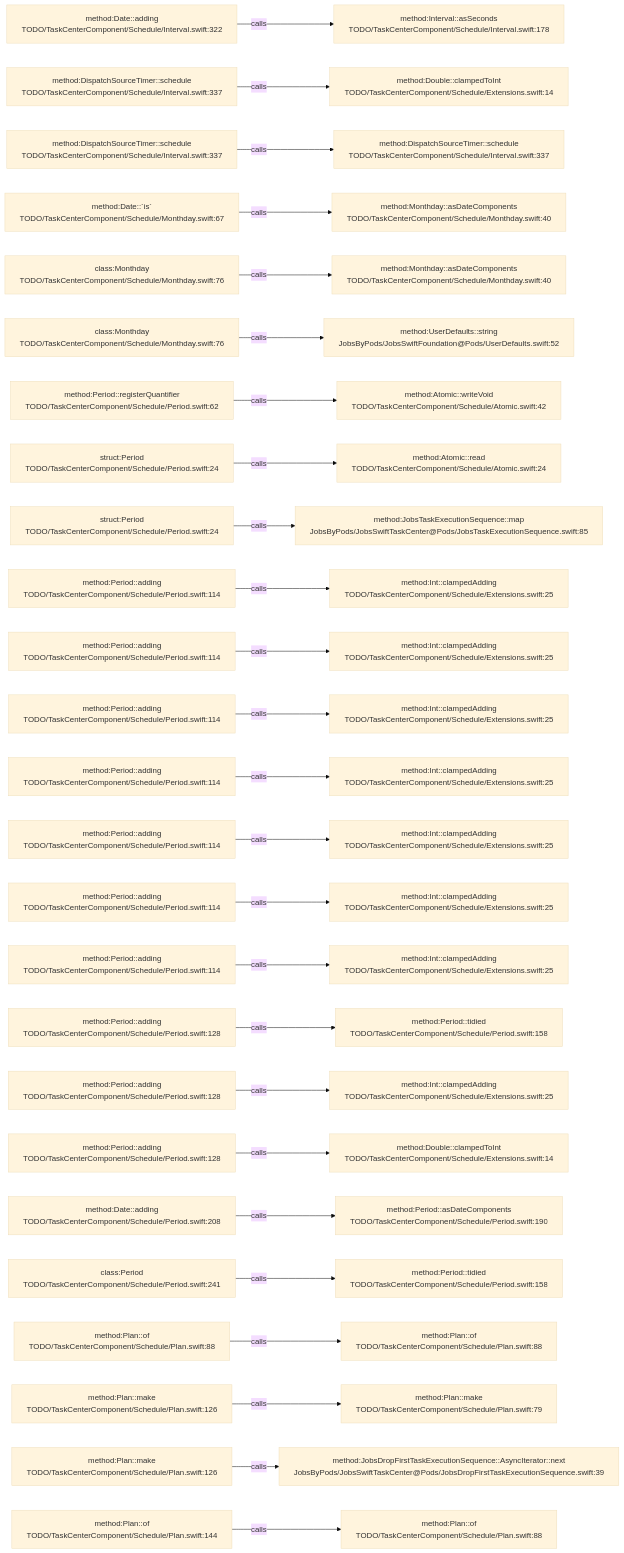
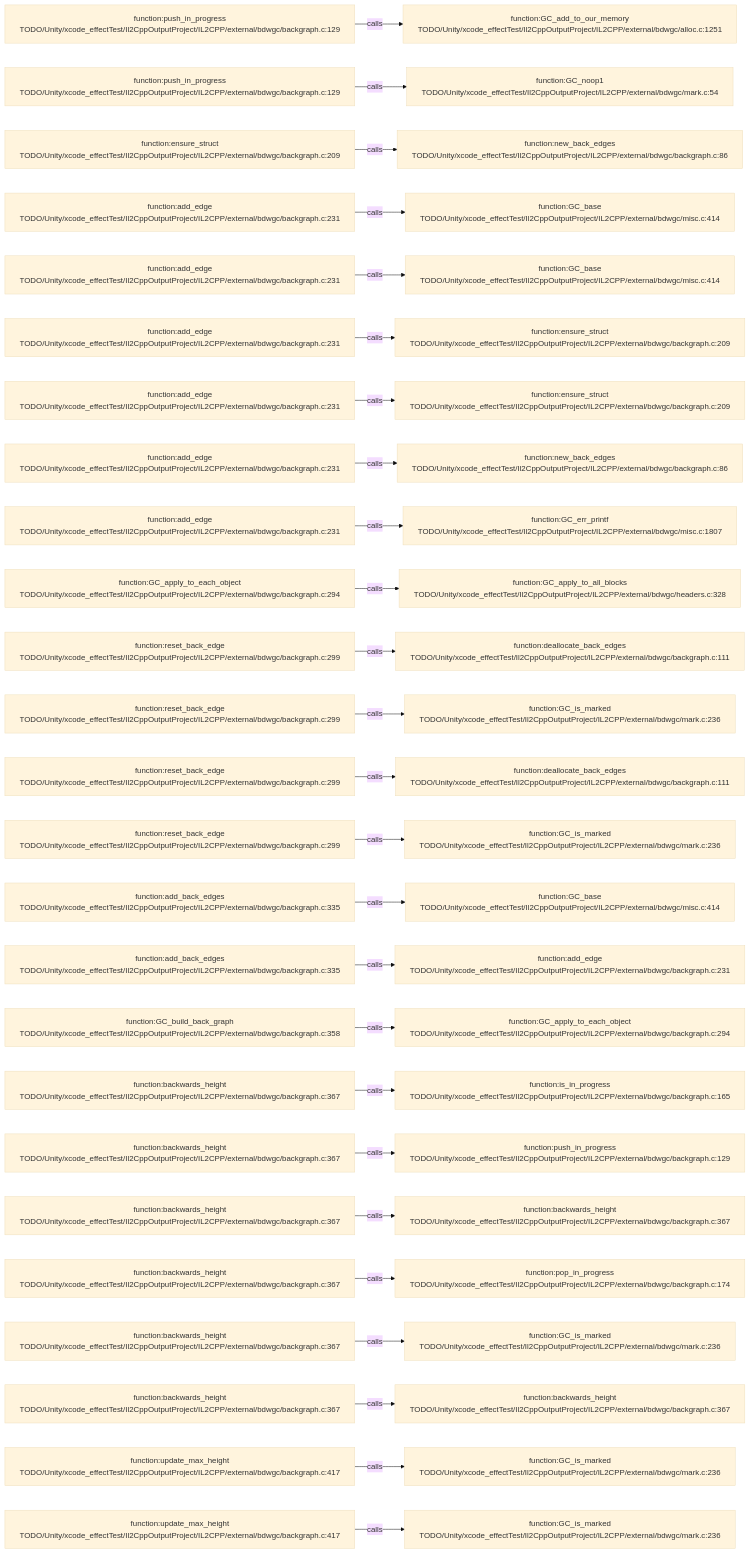
One commit to JobsKits/JobsSwiftBaseConfigDemo changed the diagram in .codegraph/codegraph.md/graphs/calls-081.md. Above: the diagram before and after it, drawn with Mermaid (base theme). The commit also changed 227 other files, not shown here.

````diff
--- a/.codegraph/codegraph.md/graphs/calls-081.md
+++ b/.codegraph/codegraph.md/graphs/calls-081.md
@@ -13,78 +13,78 @@
 ```mermaid
 flowchart LR
-  S1["method:Date::adding<br/>TODO/TaskCenterComponent/Schedule/Interval.swift:322"]
-  T1["method:Interval::asSeconds<br/>TODO/TaskCenterComponent/Schedule/Interval.swift:178"]
+  S1["function:push_in_progress<br/>TODO/Unity/xcode_effectTest/Il2CppOutputProject/IL2CPP/external/bdwgc/backgraph.c:129"]
+  T1["function:GC_add_to_our_memory<br/>TODO/Unity/xcode_effectTest/Il2CppOutputProject/IL2CPP/external/bdwgc/alloc.c:1251"]
   S1 -->|calls| T1
-  S2["method:DispatchSourceTimer::schedule<br/>TODO/TaskCenterComponent/Schedule/Interval.swift:337"]
-  T2["method:Double::clampedToInt<br/>TODO/TaskCenterComponent/Schedule/Extensions.swift:14"]
+  S2["function:push_in_progress<br/>TODO/Unity/xcode_effectTest/Il2CppOutputProject/IL2CPP/external/bdwgc/backgraph.c:129"]
+  T2["function:GC_noop1<br/>TODO/Unity/xcode_effectTest/Il2CppOutputProject/IL2CPP/external/bdwgc/mark.c:54"]
   S2 -->|calls| T2
-  S3["method:DispatchSourceTimer::schedule<br/>TODO/TaskCenterComponent/Schedule/Interval.swift:337"]
-  T3["method:DispatchSourceTimer::schedule<br/>TODO/TaskCenterComponent/Schedule/Interval.swift:337"]
+  S3["function:ensure_struct<br/>TODO/Unity/xcode_effectTest/Il2CppOutputProject/IL2CPP/external/bdwgc/backgraph.c:209"]
+  T3["function:new_back_edges<br/>TODO/Unity/xcode_effectTest/Il2CppOutputProject/IL2CPP/external/bdwgc/backgraph.c:86"]
   S3 -->|calls| T3
-  S4["method:Date::`is`<br/>TODO/TaskCenterComponent/Schedule/Monthday.swift:67"]
-  T4["method:Monthday::asDateComponents<br/>TODO/TaskCenterComponent/Schedule/Monthday.swift:40"]
+  S4["function:add_edge<br/>TODO/Unity/xcode_effectTest/Il2CppOutputProject/IL2CPP/external/bdwgc/backgraph.c:231"]
+  T4["function:GC_base<br/>TODO/Unity/xcode_effectTest/Il2CppOutputProject/IL2CPP/external/bdwgc/misc.c:414"]
   S4 -->|calls| T4
-  S5["class:Monthday<br/>TODO/TaskCenterComponent/Schedule/Monthday.swift:76"]
-  T5["method:Monthday::asDateComponents<br/>TODO/TaskCenterComponent/Schedule/Monthday.swift:40"]
+  S5["function:add_edge<br/>TODO/Unity/xcode_effectTest/Il2CppOutputProject/IL2CPP/external/bdwgc/backgraph.c:231"]
+  T5["function:GC_base<br/>TODO/Unity/xcode_effectTest/Il2CppOutputProject/IL2CPP/external/bdwgc/misc.c:414"]
   S5 -->|calls| T5
-  S6["class:Monthday<br/>TODO/TaskCenterComponent/Schedule/Monthday.swift:76"]
-  T6["method:UserDefaults::string<br/>JobsByPods/JobsSwiftFoundation@Pods/UserDefaults.swift:52"]
+  S6["function:add_edge<br/>TODO/Unity/xcode_effectTest/Il2CppOutputProject/IL2CPP/external/bdwgc/backgraph.c:231"]
+  T6["function:ensure_struct<br/>TODO/Unity/xcode_effectTest/Il2CppOutputProject/IL2CPP/external/bdwgc/backgraph.c:209"]
   S6 -->|calls| T6
-  S7["method:Period::registerQuantifier<br/>TODO/TaskCenterComponent/Schedule/Period.swift:62"]
-  T7["method:Atomic::writeVoid<br/>TODO/TaskCenterComponent/Schedule/Atomic.swift:42"]
+  S7["function:add_edge<br/>TODO/Unity/xcode_effectTest/Il2CppOutputProject/IL2CPP/external/bdwgc/backgraph.c:231"]
+  T7["function:ensure_struct<br/>TODO/Unity/xcode_effectTest/Il2CppOutputProject/IL2CPP/external/bdwgc/backgraph.c:209"]
   S7 -->|calls| T7
-  S8["struct:Period<br/>TODO/TaskCenterComponent/Schedule/Period.swift:24"]
-  T8["method:Atomic::read<br/>TODO/TaskCenterComponent/Schedule/Atomic.swift:24"]
+  S8["function:add_edge<br/>TODO/Unity/xcode_effectTest/Il2CppOutputProject/IL2CPP/external/bdwgc/backgraph.c:231"]
+  T8["function:new_back_edges<br/>TODO/Unity/xcode_effectTest/Il2CppOutputProject/IL2CPP/external/bdwgc/backgraph.c:86"]
   S8 -->|calls| T8
-  S9["struct:Period<br/>TODO/TaskCenterComponent/Schedule/Period.swift:24"]
-  T9["method:JobsTaskExecutionSequence::map<br/>JobsByPods/JobsSwiftTaskCenter@Pods/JobsTaskExecutionSequence.swift:85"]
+  S9["function:add_edge<br/>TODO/Unity/xcode_effectTest/Il2CppOutputProject/IL2CPP/external/bdwgc/backgraph.c:231"]
+  T9["function:GC_err_printf<br/>TODO/Unity/xcode_effectTest/Il2CppOutputProject/IL2CPP/external/bdwgc/misc.c:1807"]
   S9 -->|calls| T9
-  S10["method:Period::adding<br/>TODO/TaskCenterComponent/Schedule/Period.swift:114"]
-  T10["method:Int::clampedAdding<br/>TODO/TaskCenterComponent/Schedule/Extensions.swift:25"]
+  S10["function:GC_apply_to_each_object<br/>TODO/Unity/xcode_effectTest/Il2CppOutputProject/IL2CPP/external/bdwgc/backgraph.c:294"]
+  T10["function:GC_apply_to_all_blocks<br/>TODO/Unity/xcode_effectTest/Il2CppOutputProject/IL2CPP/external/bdwgc/headers.c:328"]
   S10 -->|calls| T10
-  S11["method:Period::adding<br/>TODO/TaskCenterComponent/Schedule/Period.swift:114"]
-  T11["method:Int::clampedAdding<br/>TODO/TaskCenterComponent/Schedule/Extensions.swift:25"]
+  S11["function:reset_back_edge<br/>TODO/Unity/xcode_effectTest/Il2CppOutputProject/IL2CPP/external/bdwgc/backgraph.c:299"]
+  T11["function:deallocate_back_edges<br/>TODO/Unity/xcode_effectTest/Il2CppOutputProject/IL2CPP/external/bdwgc/backgraph.c:111"]
   S11 -->|calls| T11
-  S12["method:Period::adding<br/>TODO/TaskCenterComponent/Schedule/Period.swift:114"]
-  T12["method:Int::clampedAdding<br/>TODO/TaskCenterComponent/Schedule/Extensions.swift:25"]
+  S12["function:reset_back_edge<br/>TODO/Unity/xcode_effectTest/Il2CppOutputProject/IL2CPP/external/bdwgc/backgraph.c:299"]
+  T12["function:GC_is_marked<br/>TODO/Unity/xcode_effectTest/Il2CppOutputProject/IL2CPP/external/bdwgc/mark.c:236"]
   S12 -->|calls| T12
-  S13["method:Period::adding<br/>TODO/TaskCenterComponent/Schedule/Period.swift:114"]
-  T13["method:Int::clampedAdding<br/>TODO/TaskCenterComponent/Schedule/Extensions.swift:25"]
+  S13["function:reset_back_edge<br/>TODO/Unity/xcode_effectTest/Il2CppOutputProject/IL2CPP/external/bdwgc/backgraph.c:299"]
+  T13["function:deallocate_back_edges<br/>TODO/Unity/xcode_effectTest/Il2CppOutputProject/IL2CPP/external/bdwgc/backgraph.c:111"]
   S13 -->|calls| T13
-  S14["method:Period::adding<br/>TODO/TaskCenterComponent/Schedule/Period.swift:114"]
-  T14["method:Int::clampedAdding<br/>TODO/TaskCenterComponent/Schedule/Extensions.swift:25"]
+  S14["function:reset_back_edge<br/>TODO/Unity/xcode_effectTest/Il2CppOutputProject/IL2CPP/external/bdwgc/backgraph.c:299"]
+  T14["function:GC_is_marked<br/>TODO/Unity/xcode_effectTest/Il2CppOutputProject/IL2CPP/external/bdwgc/mark.c:236"]
   S14 -->|calls| T14
-  S15["method:Period::adding<br/>TODO/TaskCenterComponent/Schedule/Period.swift:114"]
-  T15["method:Int::clampedAdding<br/>TODO/TaskCenterComponent/Schedule/Extensions.swift:25"]
+  S15["function:add_back_edges<br/>TODO/Unity/xcode_effectTest/Il2CppOutputProject/IL2CPP/external/bdwgc/backgraph.c:335"]
+  T15["function:GC_base<br/>TODO/Unity/xcode_effectTest/Il2CppOutputProject/IL2CPP/external/bdwgc/misc.c:414"]
   S15 -->|calls| T15
-  S16["method:Period::adding<br/>TODO/TaskCenterComponent/Schedule/Period.swift:114"]
-  T16["method:Int::clampedAdding<br/>TODO/TaskCenterComponent/Schedule/Extensions.swift:25"]
+  S16["function:add_back_edges<br/>TODO/Unity/xcode_effectTest/Il2CppOutputProject/IL2CPP/external/bdwgc/backgraph.c:335"]
+  T16["function:add_edge<br/>TODO/Unity/xcode_effectTest/Il2CppOutputProject/IL2CPP/external/bdwgc/backgraph.c:231"]
   S16 -->|calls| T16
-  S17["method:Period::adding<br/>TODO/TaskCenterComponent/Schedule/Period.swift:128"]
-  T17["method:Period::tidied<br/>TODO/TaskCenterComponent/Schedule/Period.swift:158"]
+  S17["function:GC_build_back_graph<br/>TODO/Unity/xcode_effectTest/Il2CppOutputProject/IL2CPP/external/bdwgc/backgraph.c:358"]
+  T17["function:GC_apply_to_each_object<br/>TODO/Unity/xcode_effectTest/Il2CppOutputProject/IL2CPP/external/bdwgc/backgraph.c:294"]
   S17 -->|calls| T17
-  S18["method:Period::adding<br/>TODO/TaskCenterComponent/Schedule/Period.swift:128"]
-  T18["method:Int::clampedAdding<br/>TODO/TaskCenterComponent/Schedule/Extensions.swift:25"]
+  S18["function:backwards_height<br/>TODO/Unity/xcode_effectTest/Il2CppOutputProject/IL2CPP/external/bdwgc/backgraph.c:367"]
+  T18["function:is_in_progress<br/>TODO/Unity/xcode_effectTest/Il2CppOutputProject/IL2CPP/external/bdwgc/backgraph.c:165"]
   S18 -->|calls| T18
-  S19["method:Period::adding<br/>TODO/TaskCenterComponent/Schedule/Period.swift:128"]
-  T19["method:Double::clampedToInt<br/>TODO/TaskCenterComponent/Schedule/Extensions.swift:14"]
+  S19["function:backwards_height<br/>TODO/Unity/xcode_effectTest/Il2CppOutputProject/IL2CPP/external/bdwgc/backgraph.c:367"]
+  T19["function:push_in_progress<br/>TODO/Unity/xcode_effectTest/Il2CppOutputProject/IL2CPP/external/bdwgc/backgraph.c:129"]
   S19 -->|calls| T19
-  S20["method:Date::adding<br/>TODO/TaskCenterComponent/Schedule/Period.swift:208"]
-  T20["method:Period::asDateComponents<br/>TODO/TaskCenterComponent/Schedule/Period.swift:190"]
+  S20["function:backwards_height<br/>TODO/Unity/xcode_effectTest/Il2CppOutputProject/IL2CPP/external/bdwgc/backgraph.c:367"]
+  T20["function:backwards_height<br/>TODO/Unity/xcode_effectTest/Il2CppOutputProject/IL2CPP/external/bdwgc/backgraph.c:367"]
   S20 -->|calls| T20
-  S21["class:Period<br/>TODO/TaskCenterComponent/Schedule/Period.swift:241"]
-  T21["method:Period::tidied<br/>TODO/TaskCenterComponent/Schedule/Period.swift:158"]
+  S21["function:backwards_height<br/>TODO/Unity/xcode_effectTest/Il2CppOutputProject/IL2CPP/external/bdwgc/backgraph.c:367"]
+  T21["function:pop_in_progress<br/>TODO/Unity/xcode_effectTest/Il2CppOutputProject/IL2CPP/external/bdwgc/backgraph.c:174"]
   S21 -->|calls| T21
-  S22["method:Plan::of<br/>TODO/TaskCenterComponent/Schedule/Plan.swift:88"]
-  T22["method:Plan::of<br/>TODO/TaskCenterComponent/Schedule/Plan.swift:88"]
+  S22["function:backwards_height<br/>TODO/Unity/xcode_effectTest/Il2CppOutputProject/IL2CPP/external/bdwgc/backgraph.c:367"]
+  T22["function:GC_is_marked<br/>TODO/Unity/xcode_effectTest/Il2CppOutputProject/IL2CPP/external/bdwgc/mark.c:236"]
   S22 -->|calls| T22
-  S23["method:Plan::make<br/>TODO/TaskCenterComponent/Schedule/Plan.swift:126"]
-  T23["method:Plan::make<br/>TODO/TaskCenterComponent/Schedule/Plan.swift:79"]
+  S23["function:backwards_height<br/>TODO/Unity/xcode_effectTest/Il2CppOutputProject/IL2CPP/external/bdwgc/backgraph.c:367"]
+  T23["function:backwards_height<br/>TODO/Unity/xcode_effectTest/Il2CppOutputProject/IL2CPP/external/bdwgc/backgraph.c:367"]
   S23 -->|calls| T23
-  S24["method:Plan::make<br/>TODO/TaskCenterComponent/Schedule/Plan.swift:126"]
-  T24["method:JobsDropFirstTaskExecutionSequence::AsyncIterator::next<br/>JobsByPods/JobsSwiftTaskCenter@Pods/JobsDropFirstTaskExecutionSequence.swift:39"]
+  S24["function:update_max_height<br/>TODO/Unity/xcode_effectTest/Il2CppOutputProject/IL2CPP/external/bdwgc/backgraph.c:417"]
+  T24["function:GC_is_marked<br/>TODO/Unity/xcode_effectTest/Il2CppOutputProject/IL2CPP/external/bdwgc/mark.c:236"]
   S24 -->|calls| T24
-  S25["method:Plan::of<br/>TODO/TaskCenterComponent/Schedule/Plan.swift:144"]
-  T25["method:Plan::of<br/>TODO/TaskCenterComponent/Schedule/Plan.swift:88"]
+  S25["function:update_max_height<br/>TODO/Unity/xcode_effectTest/Il2CppOutputProject/IL2CPP/external/bdwgc/backgraph.c:417"]
+  T25["function:GC_is_marked<br/>TODO/Unity/xcode_effectTest/Il2CppOutputProject/IL2CPP/external/bdwgc/mark.c:236"]
   S25 -->|calls| T25
 ```
````
